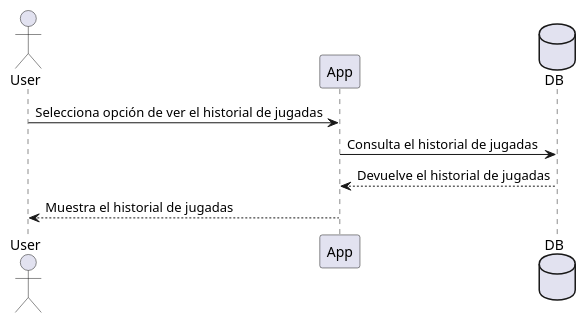
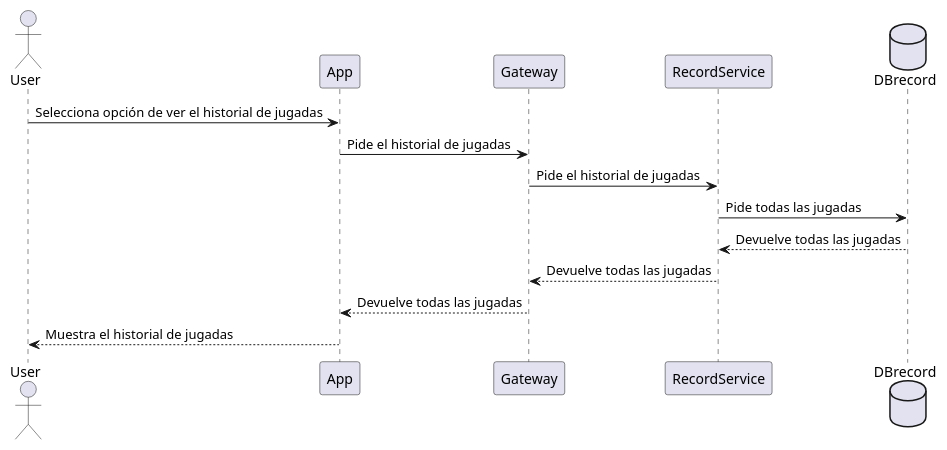
The seventh of 9 diagrams in docs/src/06_runtime_view.adoc (Arquisoft/wiq_es6b), drawn with PlantUML before and after one commit. The commit also changed other lines of this file, not shown here.

Commit message:
Actualizados diagramas de secuencia

```diff
--- a/docs/src/06_runtime_view.adoc
+++ b/docs/src/06_runtime_view.adoc
@@ -143,11 +196,17 @@
 [plantuml,"Jugadas",png]
 ----
 actor User
 participant App
-database DB
+participant Gateway
+participant RecordService
+database DBrecord
 
 User -> App: Selecciona opción de ver el historial de jugadas
-App -> DB: Consulta el historial de jugadas
-App <-- DB: Devuelve el historial de jugadas
+App -> Gateway: Pide el historial de jugadas
+Gateway -> RecordService: Pide el historial de jugadas
+RecordService-> DBrecord: Pide todas las jugadas
+RecordService<-- DBrecord: Devuelve todas las jugadas
+Gateway <-- RecordService: Devuelve todas las jugadas
+App <-- Gateway: Devuelve todas las jugadas
 User <-- App: Muestra el historial de jugadas
 ----
```
